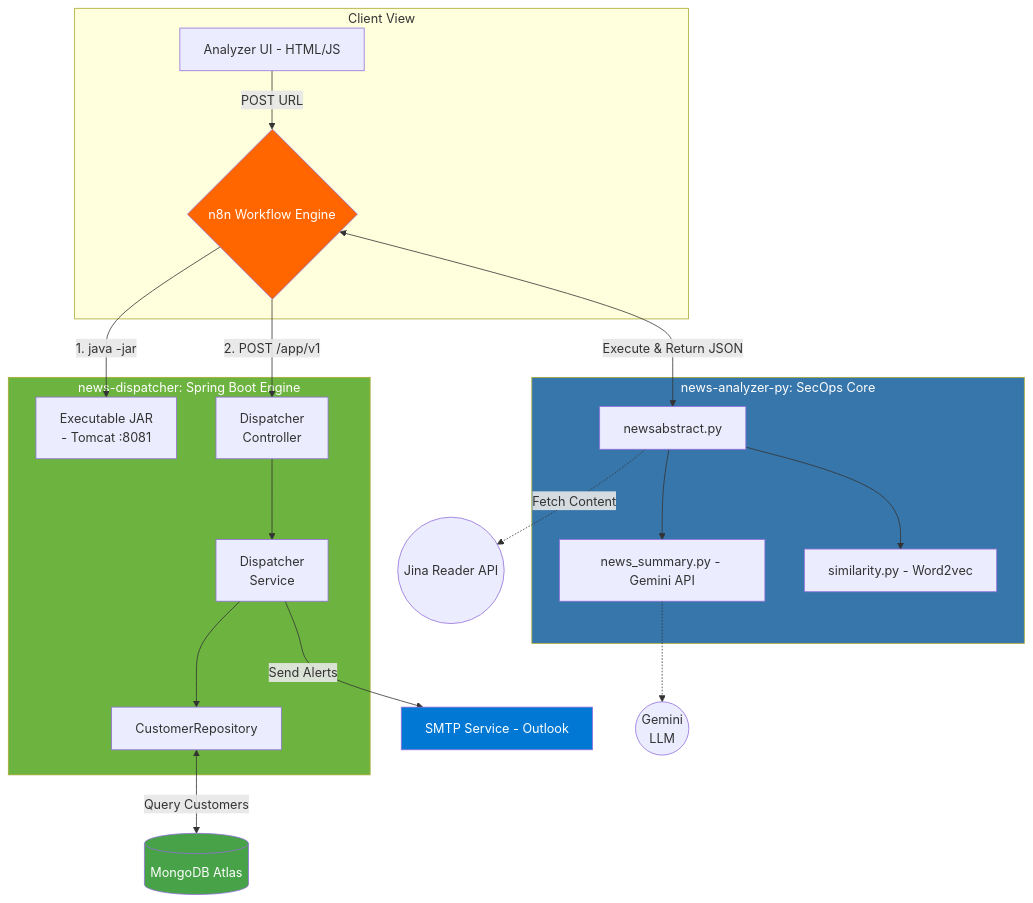
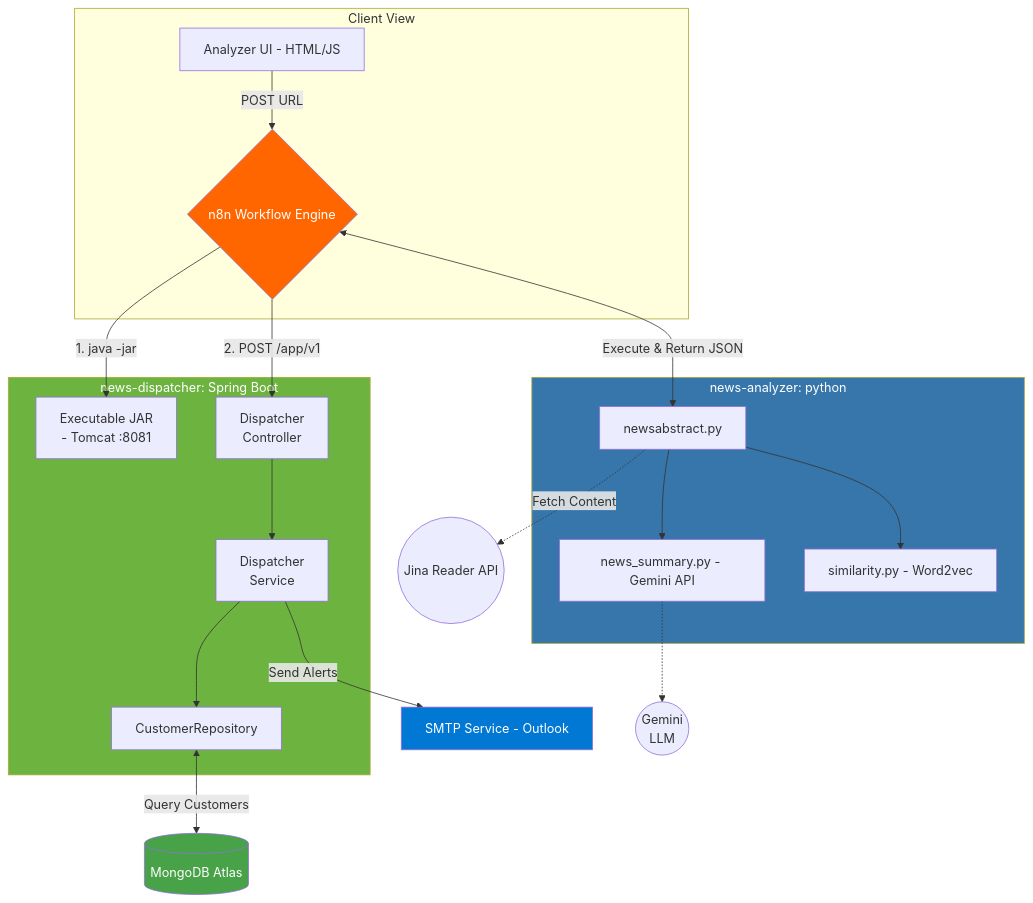
One commit to albis0103/NewsAbstract changed the first of 3 diagrams in README.md. Above: the diagram before and after it, drawn with Mermaid. The commit also changed 3 other files, not shown here.

````diff
--- a/README.md
+++ b/README.md
@@ -2,51 +2,51 @@
 ```mermaid
 graph TB
     subgraph Client_Interface [Client View]
         UI[Analyzer UI - HTML/JS]
         N8N{n8n Workflow Engine}
     end
 
-    subgraph Python_Analyzer [news-analyzer-py: SecOps Core]
+    subgraph Python_Analyzer [news-analyzer: python]
         PY_EXE[newsabstract.py]
         SUM[news_summary.py - Gemini API]
         SIM[similarity.py - Word2vec]
         
         PY_EXE --> SUM
         PY_EXE --> SIM
     end
 
-    subgraph Java_Dispatcher [news-dispatcher: Spring Boot Engine]
+    subgraph Java_Dispatcher [news-dispatcher: Spring Boot]
         JAR[Executable JAR <br>- Tomcat :8081]
         SVC[Dispatcher<br>Service]
         RP[CustomerRepository]
 
 
         CTL[Dispatcher<br>Controller]
         CTL --> SVC
         SVC --> RP
     end
 
     %% Data & External Services
     JINA((Jina Reader API))
     DB[(MongoDB Atlas)]
     SMTP[SMTP Service - Outlook]
     GEMINI((Gemini<br>LLM))
 
     %% Main Logic Flow
     UI -->|POST URL| N8N
     N8N <-->|Execute & Return JSON| PY_EXE
     PY_EXE -.->|Fetch Content| JINA
     SUM -.-> GEMINI
     N8N -->|1. java -jar| JAR
     N8N -->|2. POST /app/v1| CTL
     
     RP <-->|Query Customers| DB
     SVC -->|Send Alerts| SMTP
 
     %% Styling
     style N8N fill:#ff6600,color:#fff
     style Python_Analyzer fill:#3776ab,color:#fff
     style Java_Dispatcher fill:#6db33f,color:#fff
     style DB fill:#47A248,color:#fff
     style SMTP fill:#0078d4,color:#fff
 ```
````
